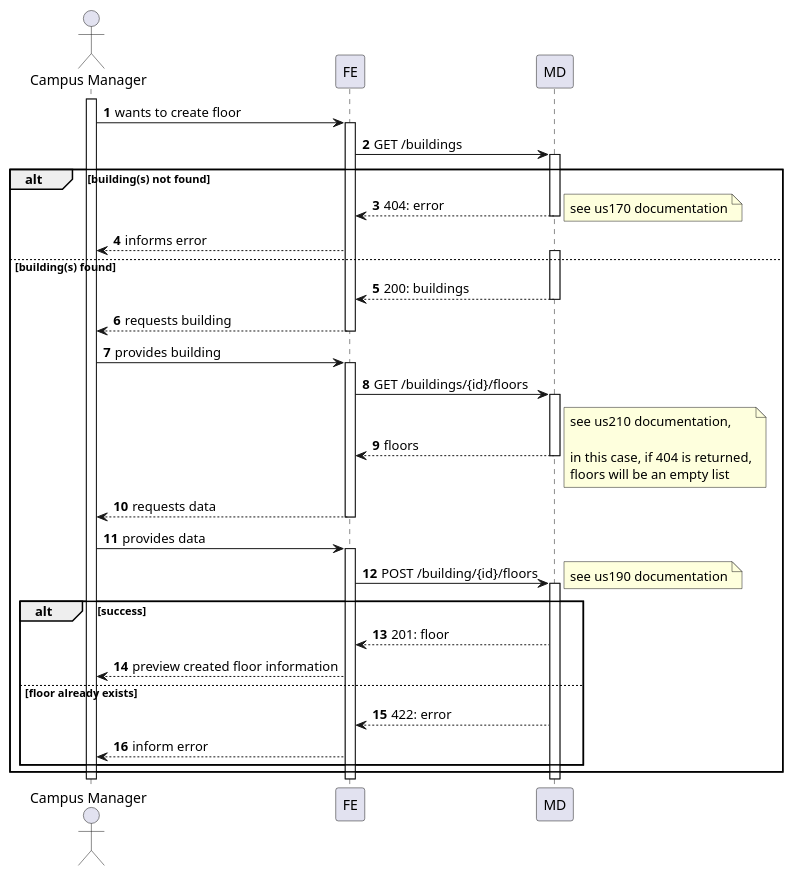
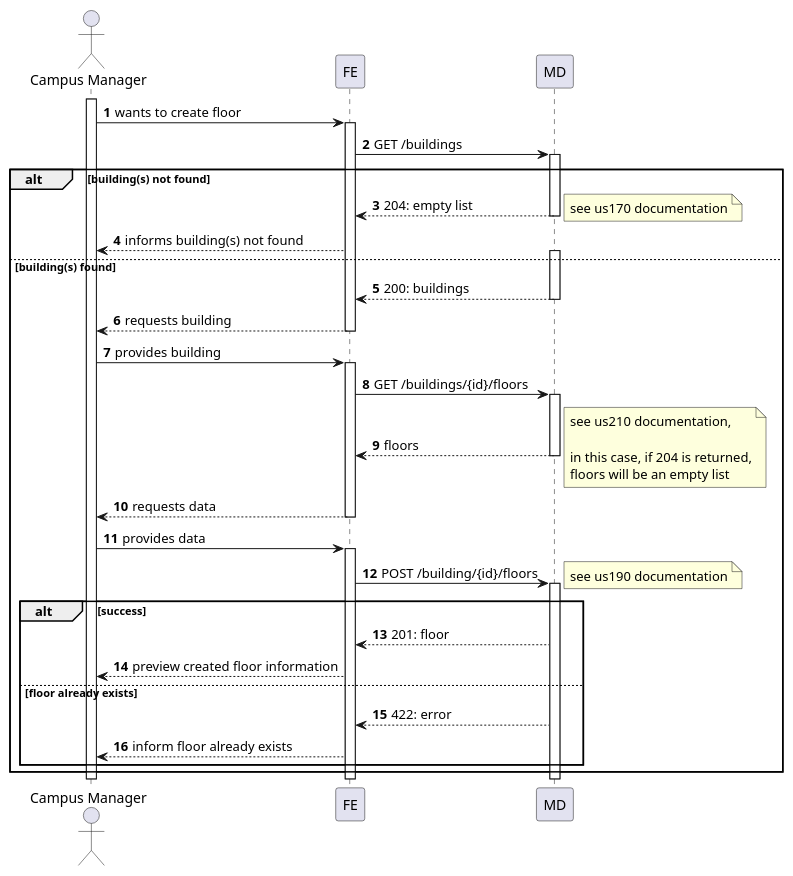
One commit to Departamento-de-Engenharia-Informatica/lapr5-23-24-g19 changed the diagram in docs/us1090/level2/process-view.puml. Above: the diagram before and after it, drawn with PlantUML. The commit also changed 3 other files, not shown here.

```diff
--- a/docs/us1090/level2/process-view.puml
+++ b/docs/us1090/level2/process-view.puml
@@ -1,53 +1,53 @@
 @startuml
 autonumber
 
 actor "Campus Manager" as usr
 
 participant "FE" as ui
 
 participant "MD" as md
 
 activate usr
 usr -> ui : wants to create floor
     activate ui
         ui -> md : GET /buildings
         alt building(s) not found
             activate md
-                md --> ui : 404: error
+                md --> ui : 204: empty list
                 note right : see us170 documentation
             deactivate md
-            ui --> usr : informs error
+            ui --> usr : informs building(s) not found
         else building(s) found
             activate md
                 md --> ui : 200: buildings
             deactivate md
             ui --> usr : requests building
         deactivate ui
 
         usr -> ui : provides building
         activate ui
             ui -> md : GET /buildings/{id}/floors
             activate md
                 md --> ui : floors
-                note right : see us210 documentation,\n\nin this case, if 404 is returned,\nfloors will be an empty list
+                note right : see us210 documentation,\n\nin this case, if 204 is returned,\nfloors will be an empty list
             deactivate md
             ui --> usr : requests data
         deactivate ui
 
         usr -> ui : provides data
         activate ui
             ui -> md : POST /building/{id}/floors
             activate md
             note right : see us190 documentation
                 alt success
                     md --> ui : 201: floor
                     ui --> usr : preview created floor information
                 else floor already exists
                     md --> ui : 422: error
-                    ui --> usr : inform error
+                    ui --> usr : inform floor already exists
                 end
         end
         deactivate md
     deactivate ui
 deactivate usr
 @enduml
```
